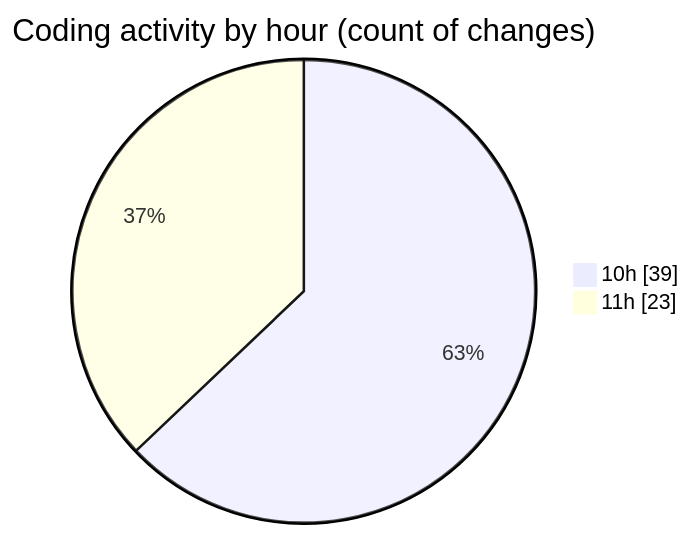
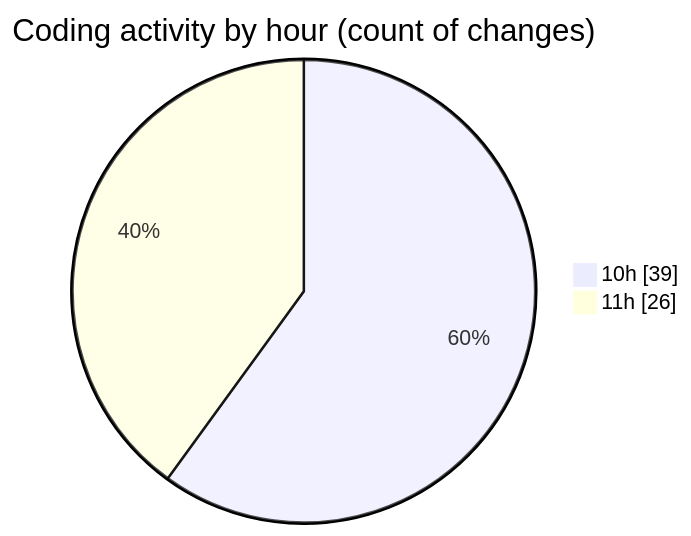
Before and after one commit to CELIANVF/code-tracking: the second of 2 diagrams in 2025-04-15/portfolio/README.md, drawn with Mermaid. The commit also changed other lines of this file and 1 other file, not shown here.

````diff
--- a/2025-04-15/portfolio/README.md
+++ b/2025-04-15/portfolio/README.md
@@ -30,6 +30,6 @@
 ```mermaid
 pie showData
 title Coding activity by hour (count of changes)
 "10h" : 39
-"11h" : 23
+"11h" : 26
 ```
````
